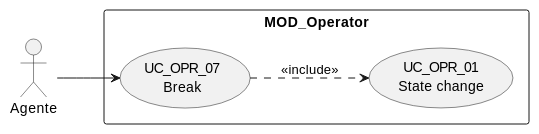
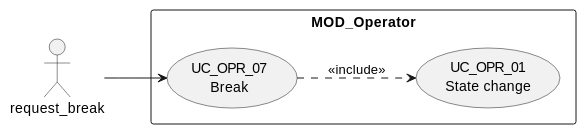
The first of 4 diagrams in source/requisitos/casos-uso/operator/uc-opr-07/diagramas-uml.rst (jcg-admin/IACT-docs), drawn with PlantUML before and after one commit. The commit also changed other lines of this file and 77 other files, not shown here.

First line of the commit message:
Enforce RBAC function names as actors in all UML diagrams

```diff
--- a/source/requisitos/casos-uso/operator/uc-opr-07/diagramas-uml.rst
+++ b/source/requisitos/casos-uso/operator/uc-opr-07/diagramas-uml.rst
@@ -10,12 +10,12 @@
 .. uml::
 
  @startuml
  left to right direction
- actor "Agente" as A
+ actor "request_break" as A
  rectangle "MOD_Operator" {
    usecase "UC_OPR_07\nBreak" as UC
    usecase "UC_OPR_01\nState change" as S
  }
  A --> UC
  UC ..> S : <<include>>
  @enduml
```
